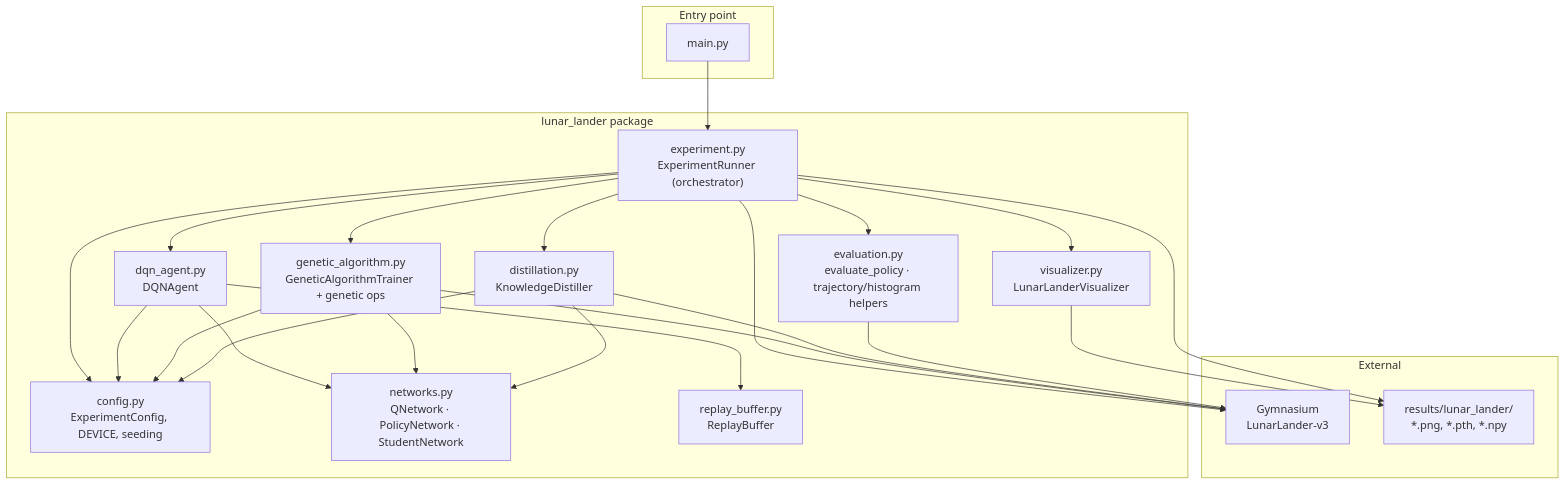
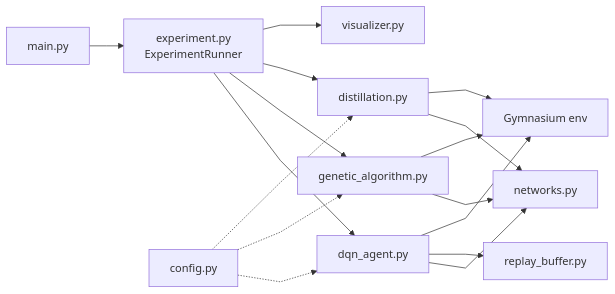
Before and after one commit to FabrizioZeb/dqn-ga-rl: the first of 7 diagrams in README.md, drawn with Mermaid. The commit also changed other lines of this file, not shown here.

First line of the commit message:
Simplify architecture diagrams for readability

````diff
--- a/README.md
+++ b/README.md
@@ -177,45 +177,19 @@
 ```mermaid
-flowchart TB
-    subgraph entry["Entry point"]
-        MAIN["main.py"]
-    end
-
-    subgraph pkg["lunar_lander package"]
-        CONFIG["config.py<br/>ExperimentConfig, DEVICE, seeding"]
-        NET["networks.py<br/>QNetwork · PolicyNetwork · StudentNetwork"]
-        BUFFER["replay_buffer.py<br/>ReplayBuffer"]
-        DQN["dqn_agent.py<br/>DQNAgent"]
-        GA["genetic_algorithm.py<br/>GeneticAlgorithmTrainer + genetic ops"]
-        KD["distillation.py<br/>KnowledgeDistiller"]
-        EVAL["evaluation.py<br/>evaluate_policy · trajectory/histogram helpers"]
-        VIZ["visualizer.py<br/>LunarLanderVisualizer"]
-        EXP["experiment.py<br/>ExperimentRunner (orchestrator)"]
-    end
-
-    subgraph ext["External"]
-        GYM["Gymnasium<br/>LunarLander-v3"]
-        RESULTS["results/lunar_lander/<br/>*.png, *.pth, *.npy"]
-    end
-
-    MAIN --> EXP
-    EXP --> CONFIG
-    EXP --> DQN
-    EXP --> GA
-    EXP --> KD
-    EXP --> EVAL
-    EXP --> VIZ
-    EXP --> GYM
-
-    DQN --> NET
-    DQN --> BUFFER
-    DQN --> CONFIG
+%%{init: {'flowchart': {'curve': 'linear'}}}%%
+flowchart LR
+    MAIN["main.py"] --> EXP["experiment.py<br/>ExperimentRunner"]
+    EXP --> DQN["dqn_agent.py"]
+    EXP --> GA["genetic_algorithm.py"]
+    EXP --> KD["distillation.py"]
+    EXP --> VIZ["visualizer.py"]
+    DQN --> NET["networks.py"]
     GA --> NET
-    GA --> CONFIG
+    KD --> NET
+    DQN --> BUFFER["replay_buffer.py"]
+    DQN --> GYM["Gymnasium env"]
     GA --> GYM
-    KD --> NET
-    KD --> CONFIG
     KD --> GYM
-    EVAL --> GYM
-    VIZ --> RESULTS
-    EXP --> RESULTS
+    ALL["config.py"] -.-> DQN
+    ALL -.-> GA
+    ALL -.-> KD
 ```
````
